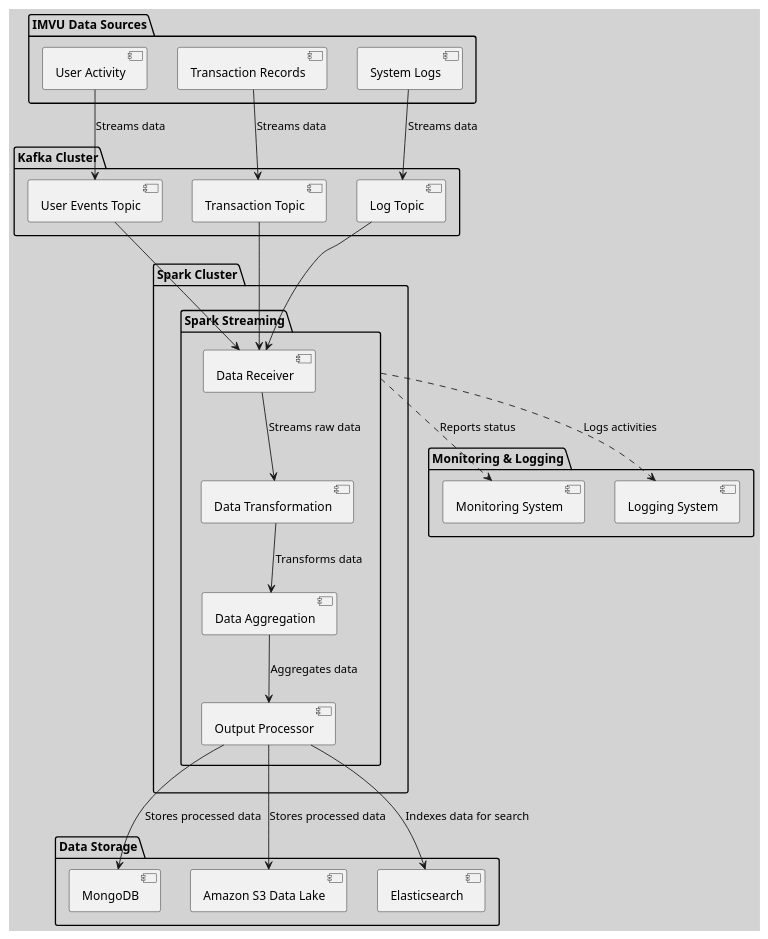
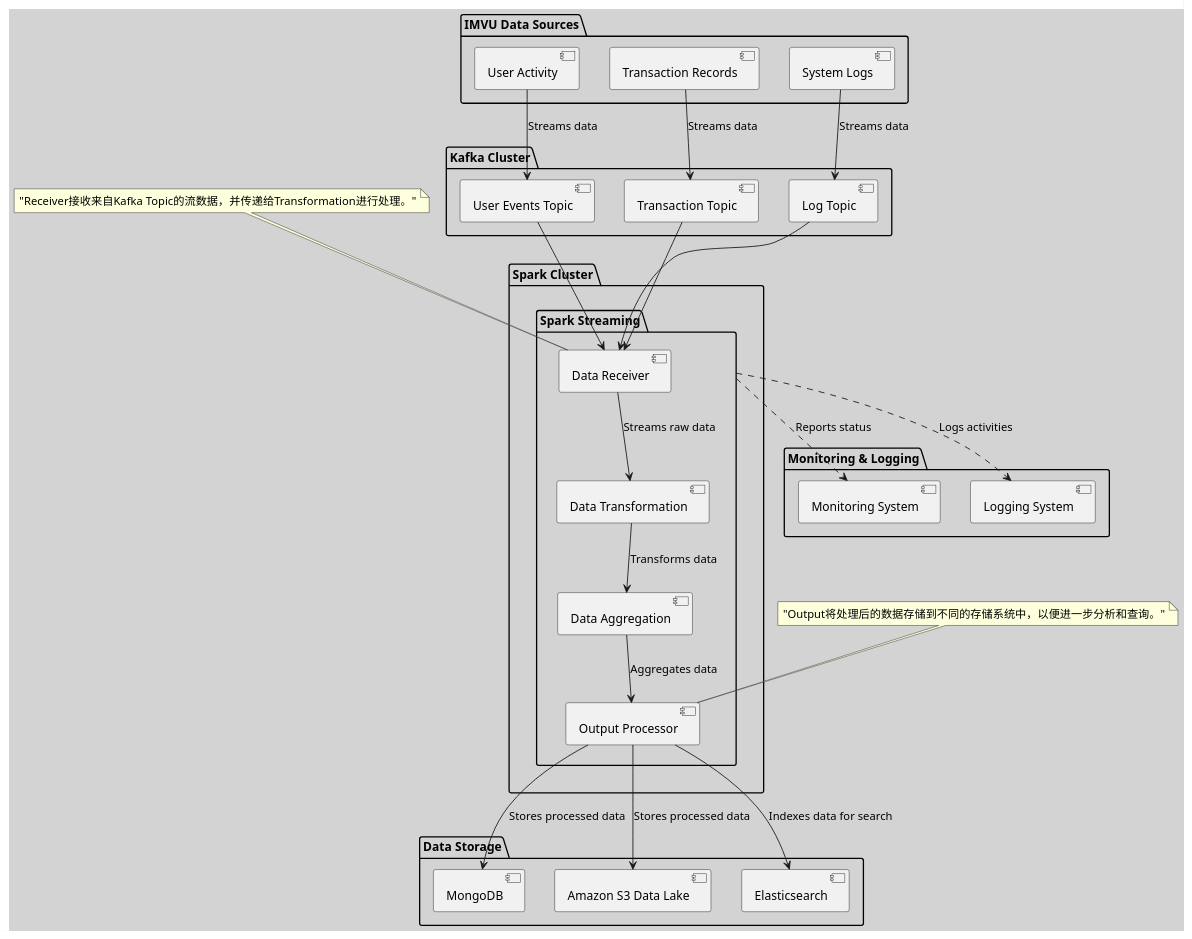
Before and after one commit to huangyingw/system_design: the diagram in imvu_system_architecture/imvu_kafka_spark_real_time_processing.puml, drawn with PlantUML.

```diff
--- a/imvu_system_architecture/imvu_kafka_spark_real_time_processing.puml
+++ b/imvu_system_architecture/imvu_kafka_spark_real_time_processing.puml
@@ -1,55 +1,59 @@
 @startuml
 skinparam backgroundColor #D3D3D3
 
 package "IMVU Data Sources" {
     [User Activity]
     [Transaction Records]
     [System Logs]
 }
 
 package "Kafka Cluster" {
     [User Events Topic]
     [Transaction Topic]
     [Log Topic]
 }
 
 package "Spark Cluster" {
     package "Spark Streaming" {
         [Data Receiver] as Receiver
         [Data Transformation] as Transformation
         [Data Aggregation] as Aggregation
         [Output Processor] as Output
 
         Receiver --> Transformation : Streams raw data
         Transformation --> Aggregation : Transforms data
         Aggregation --> Output : Aggregates data
     }
 }
 
 package "Data Storage" {
     [MongoDB]
     [Amazon S3 Data Lake]
     [Elasticsearch]
 }
 
 package "Monitoring & Logging" {
     [Monitoring System]
     [Logging System]
 }
 
 [User Activity] --> [User Events Topic] : Streams data
 [Transaction Records] --> [Transaction Topic] : Streams data
 [System Logs] --> [Log Topic] : Streams data
 
 [User Events Topic] --> Receiver
 [Transaction Topic] --> Receiver
 [Log Topic] --> Receiver
 
 Output --> [MongoDB] : Stores processed data
 Output --> [Amazon S3 Data Lake] : Stores processed data
 Output --> [Elasticsearch] : Indexes data for search
 
 [Spark Streaming] ..> [Monitoring System] : Reports status
 [Spark Streaming] ..> [Logging System] : Logs activities
 
+' 说明注释
+note top of Receiver : "Receiver接收来自Kafka Topic的流数据，并传递给Transformation进行处理。"
+note top of Output : "Output将处理后的数据存储到不同的存储系统中，以便进一步分析和查询。"
+
 @enduml
```
